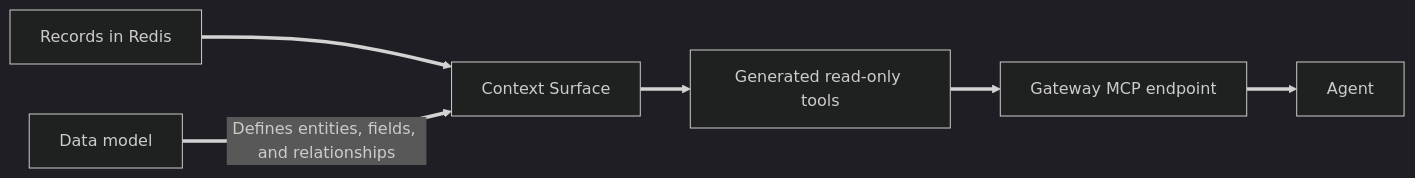
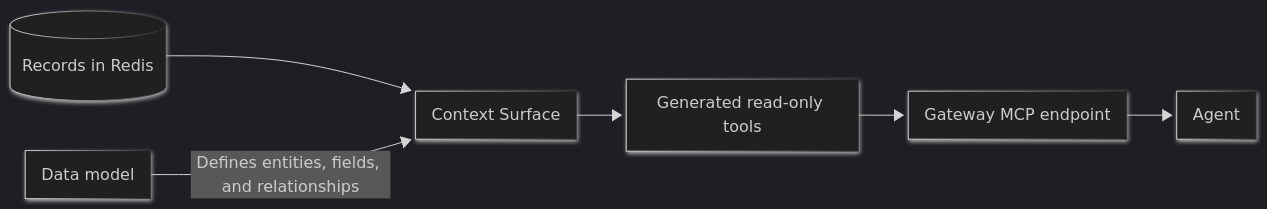
The diagram in content/develop/ai/context-engine/context-gateway/manage-context-surfaces.md (redis/docs), drawn with Mermaid (dark theme) before and after one commit. The commit also changed 1 other file, not shown here.

Commit message:
docs: match existing Gateway diagram styling

````diff
--- a/content/develop/ai/context-engine/context-gateway/manage-context-surfaces.md
+++ b/content/develop/ai/context-engine/context-gateway/manage-context-surfaces.md
@@ -20,8 +20,12 @@
 ```mermaid
+---
+config:
+  look: neo
+---
 flowchart LR
-    Records["Records in Redis"] ==> Surface["Context Surface"]
-    Model["Data model"] ==>|Defines entities, fields, and relationships| Surface
-    Surface ==> Tools["Generated read-only tools"]
-    Tools ==> Gateway["Gateway MCP endpoint"]
-    Gateway ==> Agent["Agent"]
+    Records[("Records in Redis")] --> Surface["Context Surface"]
+    Model["Data model"] -->|Defines entities, fields, and relationships| Surface
+    Surface --> Tools["Generated read-only tools"]
+    Tools --> Gateway["Gateway MCP endpoint"]
+    Gateway --> Agent["Agent"]
 ```
````
